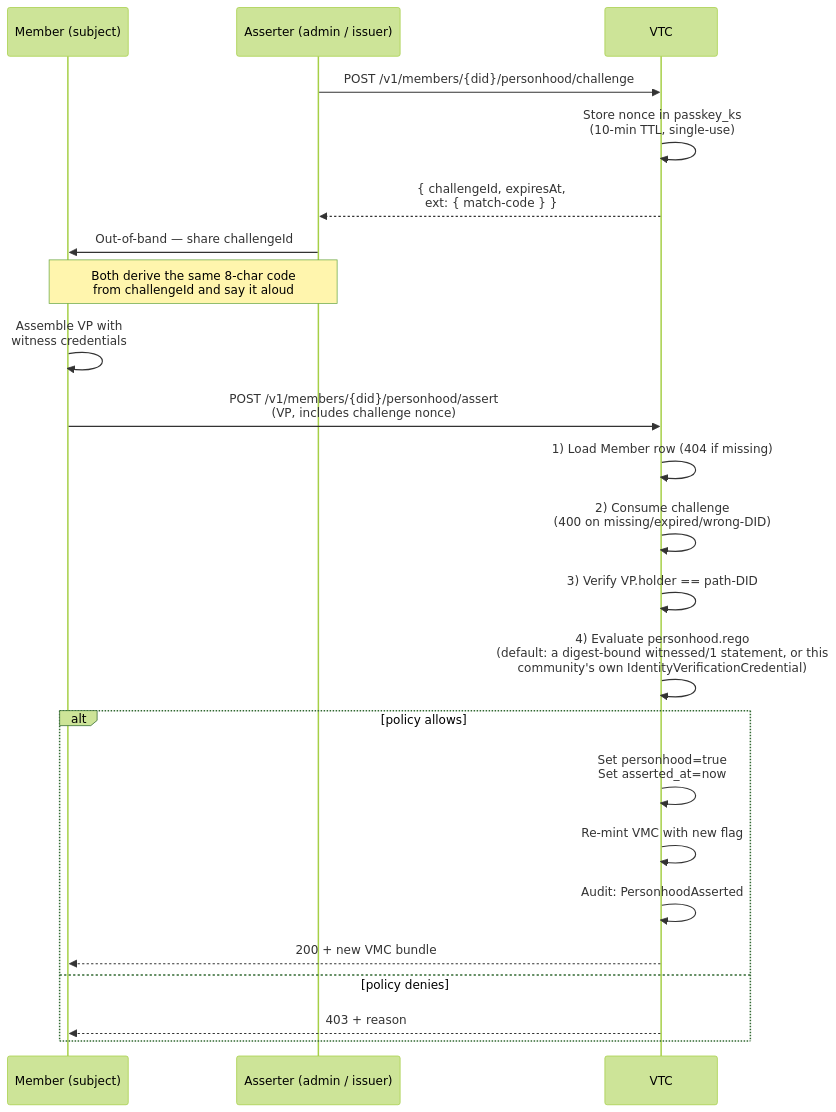
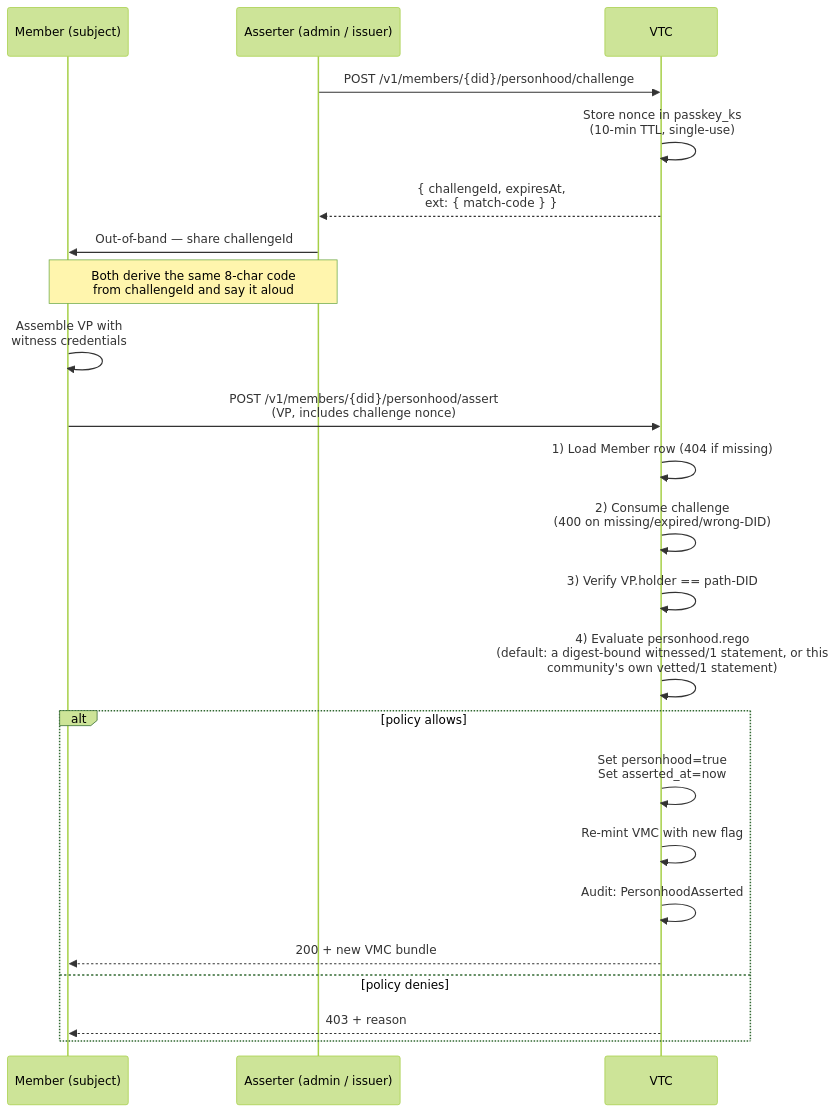
Before and after one commit to OpenVTC/verifiable-trust-infrastructure: the second of 4 diagrams in docs/03-vtc/personhood-and-graph.md, drawn with Mermaid (forest theme). The commit also changed other lines of this file and 23 other files, not shown here.

````diff
--- a/docs/03-vtc/personhood-and-graph.md
+++ b/docs/03-vtc/personhood-and-graph.md
@@ -38,26 +38,26 @@
 ```mermaid
 sequenceDiagram
     participant M as Member (subject)
     participant A as Asserter (admin / issuer)
     participant VTC as VTC
 
     A->>VTC: POST /v1/members/{did}/personhood/challenge
     VTC->>VTC: Store nonce in passkey_ks<br/>(10-min TTL, single-use)
     VTC-->>A: { challengeId, expiresAt,<br/>ext: { match-code } }
     A->>M: Out-of-band — share challengeId
     Note over A,M: Both derive the same 8-char code<br/>from challengeId and say it aloud
     M->>M: Assemble VP with<br/>witness credentials
     M->>VTC: POST /v1/members/{did}/personhood/assert<br/>(VP, includes challenge nonce)
     VTC->>VTC: 1) Load Member row (404 if missing)
     VTC->>VTC: 2) Consume challenge<br/>(400 on missing/expired/wrong-DID)
     VTC->>VTC: 3) Verify VP.holder == path-DID
-    VTC->>VTC: 4) Evaluate personhood.rego<br/>(default: a digest-bound witnessed/1 statement, or this<br/>community's own IdentityVerificationCredential)
+    VTC->>VTC: 4) Evaluate personhood.rego<br/>(default: a digest-bound witnessed/1 statement, or this<br/>community's own vetted/1 statement)
     alt policy allows
         VTC->>VTC: Set personhood=true<br/>Set asserted_at=now
         VTC->>VTC: Re-mint VMC with new flag
         VTC->>VTC: Audit: PersonhoodAsserted
         VTC-->>M: 200 + new VMC bundle
     else policy denies
         VTC-->>M: 403 + reason
     end
 ```
````
